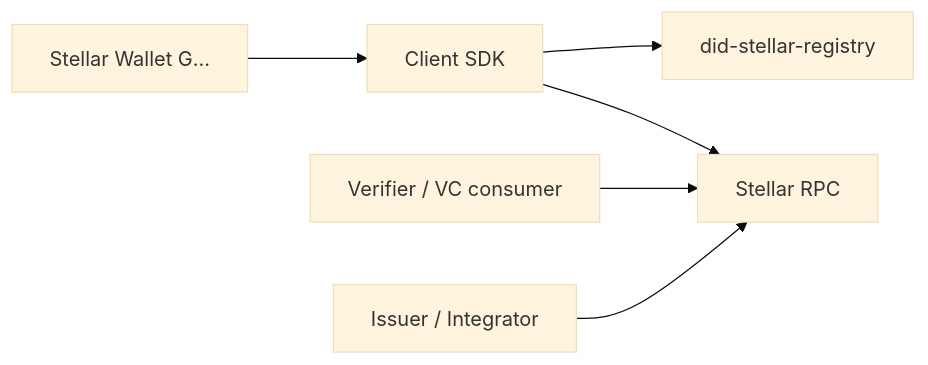
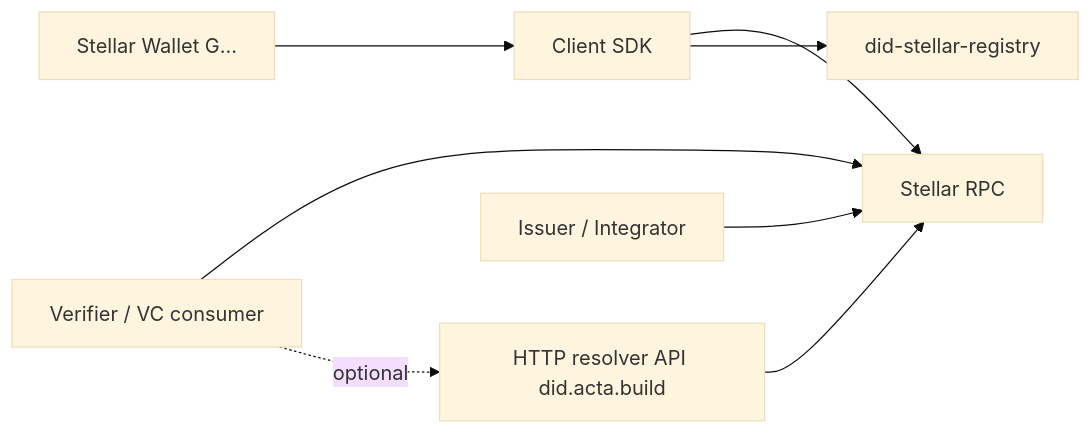
Before and after one commit to ACTA-Team/contracts: the first of 2 diagrams in docs/did-spec/did-stellar-v0.1.md, drawn with Mermaid (base theme). The commit also changed other lines of this file, not shown here.

First line of the commit message:
docs: update DID Stellar specification with reference implementations and deployment details

````diff
--- a/docs/did-spec/did-stellar-v0.1.md
+++ b/docs/did-spec/did-stellar-v0.1.md
@@ -83,8 +87,10 @@
 ```mermaid
 flowchart LR
     Wallet[Stellar Wallet G...] --> Client[Client SDK]
     Client --> RPC[Stellar RPC]
     Client --> Registry[did-stellar-registry]
+    API[HTTP resolver API did.acta.build] --> RPC
     Verifier[Verifier / VC consumer] --> RPC
+    Verifier -.optional.-> API
     Issuer[Issuer / Integrator] --> RPC
 ```
````
